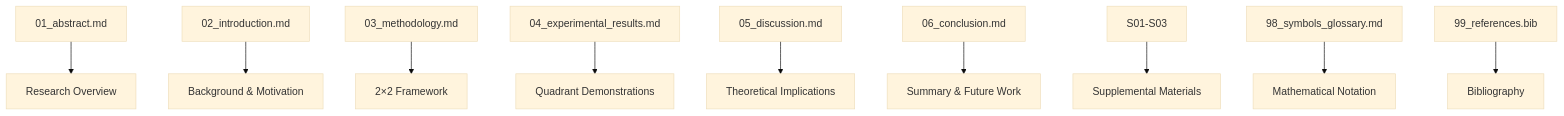
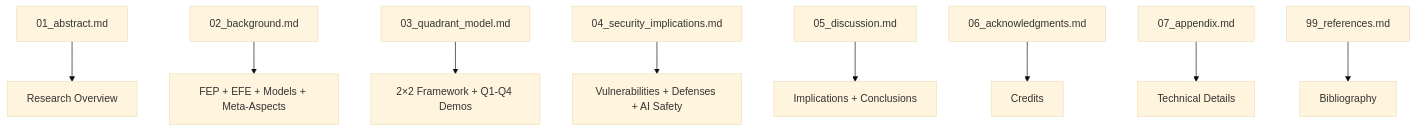
Before and after one commit to docxology/template: the diagram in projects/active_inference_meta_pragmatic/manuscript/README.md, drawn with Mermaid (base theme). The commit also changed other lines of this file and 1586 other files, not shown here.

````diff
--- a/projects/active_inference_meta_pragmatic/manuscript/README.md
+++ b/projects/active_inference_meta_pragmatic/manuscript/README.md
@@ -86,13 +55,12 @@
 ```mermaid
 graph TD
     A[01_abstract.md] --> B[Research Overview]
-    C[02_introduction.md] --> D[Background & Motivation]
-    E[03_methodology.md] --> F[2×2 Framework]
-    G[04_experimental_results.md] --> H[Quadrant Demonstrations]
-    I[05_discussion.md] --> J[Theoretical Implications]
-    K[06_conclusion.md] --> L[Summary & Future Work]
+    C[02_background.md] --> D[FEP + EFE + Models + Meta-Aspects]
+    E[03_quadrant_model.md] --> F[2×2 Framework + Q1-Q4 Demos]
+    G[04_security_implications.md] --> H[Vulnerabilities + Defenses + AI Safety]
+    I[05_discussion.md] --> J[Implications + Conclusions]
     
-    M[S01-S03] --> N[Supplemental Materials]
-    O[98_symbols_glossary.md] --> P[Mathematical Notation]
-    Q[99_references.bib] --> R[Bibliography]
+    K[06_acknowledgments.md] --> L[Credits]
+    M[07_appendix.md] --> N[Technical Details]
+    O[99_references.md] --> P[Bibliography]
 ```
````
